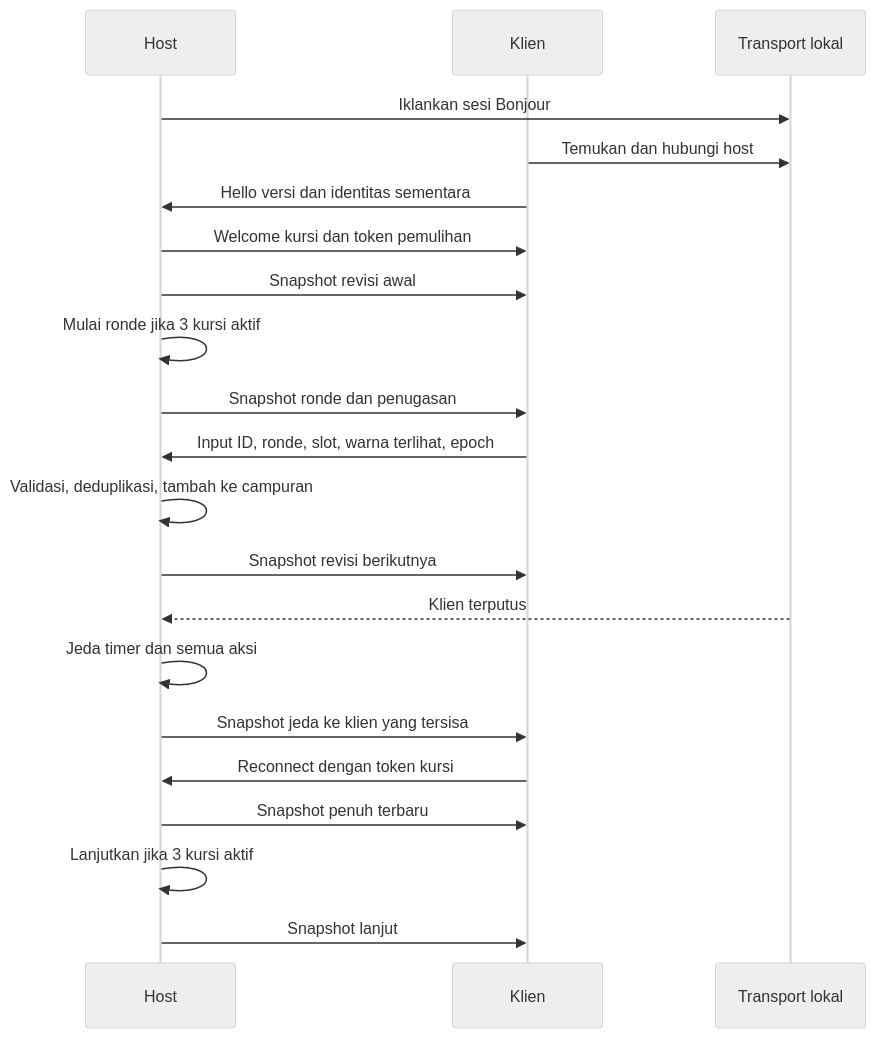
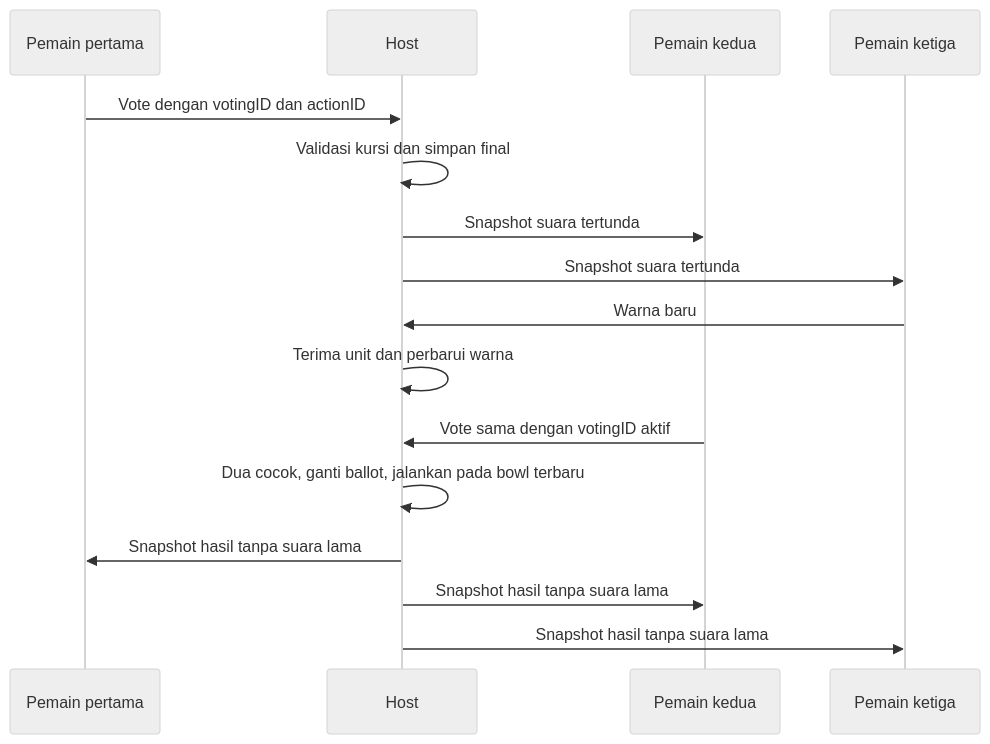
The second of 2 diagrams in .kiro/specs/local-three-device-play/design.md (denywa/ColorTesting), drawn with Mermaid (neutral theme) before and after one commit. The commit also changed other lines of this file and 135 other files, not shown here.

````diff
--- a/.kiro/specs/local-three-device-play/design.md
+++ b/.kiro/specs/local-three-device-play/design.md
@@ -133,23 +101,18 @@
-~~~mermaid
+```mermaid
 sequenceDiagram
+    participant A as Pemain pertama
     participant H as Host
-    participant C as Klien
-    participant N as Transport lokal
-    H->>N: Iklankan sesi Bonjour
-    C->>N: Temukan dan hubungi host
-    C->>H: Hello versi dan identitas sementara
-    H->>C: Welcome kursi dan token pemulihan
-    H->>C: Snapshot revisi awal
-    H->>H: Mulai ronde jika 3 kursi aktif
-    H->>C: Snapshot ronde dan penugasan
-    C->>H: Input ID, ronde, slot, warna terlihat, epoch
-    H->>H: Validasi, deduplikasi, tambah ke campuran
-    H->>C: Snapshot revisi berikutnya
-    N-->>H: Klien terputus
-    H->>H: Jeda timer dan semua aksi
-    H->>C: Snapshot jeda ke klien yang tersisa
-    C->>H: Reconnect dengan token kursi
-    H->>C: Snapshot penuh terbaru
-    H->>H: Lanjutkan jika 3 kursi aktif
-    H->>C: Snapshot lanjut
-~~~
+    participant B as Pemain kedua
+    participant C as Pemain ketiga
+    A->>H: Vote dengan votingID dan actionID
+    H->>H: Validasi kursi dan simpan final
+    H->>B: Snapshot suara tertunda
+    H->>C: Snapshot suara tertunda
+    C->>H: Warna baru
+    H->>H: Terima unit dan perbarui warna
+    B->>H: Vote sama dengan votingID aktif
+    H->>H: Dua cocok, ganti ballot, jalankan pada bowl terbaru
+    H->>A: Snapshot hasil tanpa suara lama
+    H->>B: Snapshot hasil tanpa suara lama
+    H->>C: Snapshot hasil tanpa suara lama
+```
````
